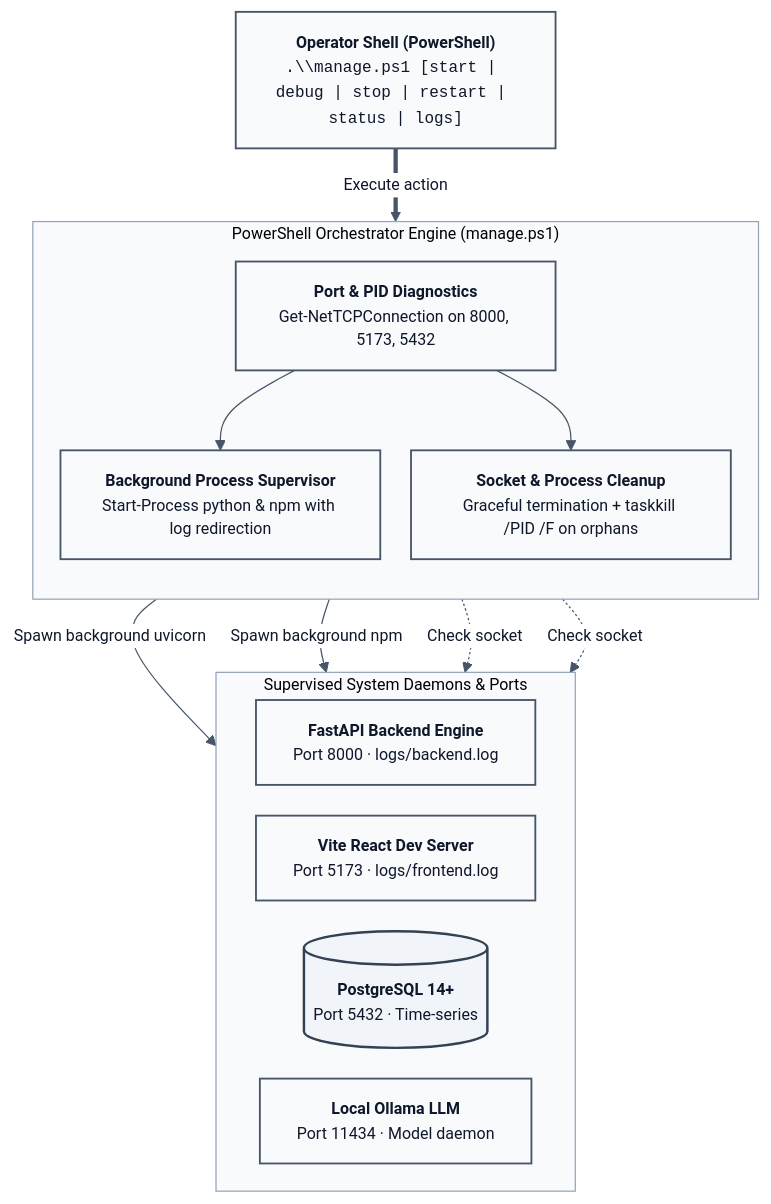
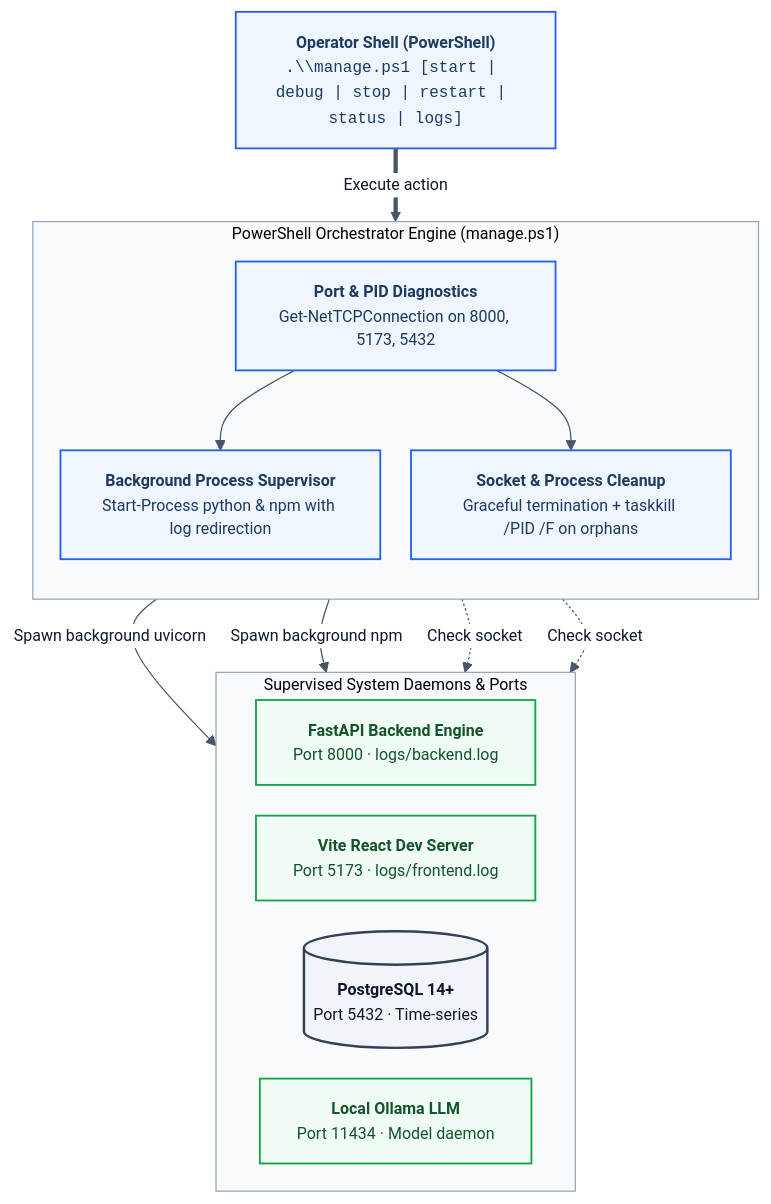
Before and after one commit to MadhavK3/niriksha: the first of 2 diagrams in docs/08_OPERATIONS_AND_RUNBOOK.md, drawn with Mermaid. The commit also changed other lines of this file and 10 other files, not shown here.

Commit message:
docs: overhaul architecture diagrams to semantic monochromatic Mermaid flowcharts

````diff
--- a/docs/08_OPERATIONS_AND_RUNBOOK.md
+++ b/docs/08_OPERATIONS_AND_RUNBOOK.md
@@ -11,49 +11,52 @@
 ```mermaid
 %%{init: {
   "theme": "base",
   "themeVariables": {
     "fontFamily": "Inter, Segoe UI, -apple-system, BlinkMacSystemFont, Roboto, sans-serif",
     "fontSize": "13px",
     "primaryColor": "#ffffff",
     "primaryBorderColor": "#64748b",
     "primaryTextColor": "#0f172a",
     "lineColor": "#475569",
     "clusterBkg": "#f8fafc",
     "clusterBorder": "#94a3b8"
   },
   "flowchart": { "curve": "basis", "htmlLabels": true, "nodeSpacing": 25, "rankSpacing": 40 }
 } }%%
 flowchart TB
     CLI["<b>Operator Shell (PowerShell)</b><br/><code>.\\manage.ps1 [start | debug | stop | restart | status | logs]</code>"]
 
     subgraph ORCHESTRATOR["PowerShell Orchestrator Engine (manage.ps1)"]
         direction TB
         CHECK["<b>Port &amp; PID Diagnostics</b><br/>Get-NetTCPConnection on 8000, 5173, 5432"]
         LAUNCH["<b>Background Process Supervisor</b><br/>Start-Process python &amp; npm with log redirection"]
         KILL["<b>Socket &amp; Process Cleanup</b><br/>Graceful termination + taskkill /PID /F on orphans"]
         CHECK --> LAUNCH
         CHECK --> KILL
     end
 
     CLI ==>|"Execute action"| ORCHESTRATOR
 
     subgraph SERVICES["Supervised System Daemons &amp; Ports"]
         direction LR
         S1["<b>FastAPI Backend Engine</b><br/>Port 8000 · logs/backend.log"]
         S2["<b>Vite React Dev Server</b><br/>Port 5173 · logs/frontend.log"]
         S3[("<b>PostgreSQL 14+</b><br/>Port 5432 · Time-series")]
         S4["<b>Local Ollama LLM</b><br/>Port 11434 · Model daemon"]
     end
 
     LAUNCH -->|"Spawn background uvicorn"| S1
     LAUNCH -->|"Spawn background npm"| S2
     CHECK -.->|"Check socket"| S3
     CHECK -.->|"Check socket"| S4
 
     classDef default fill:#ffffff,stroke:#64748b,stroke-width:1px,color:#0f172a;
-    classDef blueprint fill:#f8fafc,stroke:#475569,stroke-width:1.5px,color:#0f172a;
-    classDef storageNode fill:#f1f5f9,stroke:#334155,stroke-width:2px,color:#0f172a;
+    classDef nodeCli fill:#f8fafc,stroke:#475569,stroke-width:1.5px,color:#0f172a;
+    classDef nodeOrch fill:#eff6ff,stroke:#2563eb,stroke-width:1.5px,color:#1e3a5f;
+    classDef nodeSrv fill:#f0fdf4,stroke:#16a34a,stroke-width:1.5px,color:#14532d;
+    classDef nodeDb fill:#f1f5f9,stroke:#334155,stroke-width:2px,color:#0f172a;
 
-    class CLI,CHECK,LAUNCH,KILL,S1,S2,S4 blueprint;
-    class S3 storageNode;
+    class CLI,CHECK,LAUNCH,KILL nodeOrch;
+    class S1,S2,S4 nodeSrv;
+    class S3 nodeDb;
 ```
````
